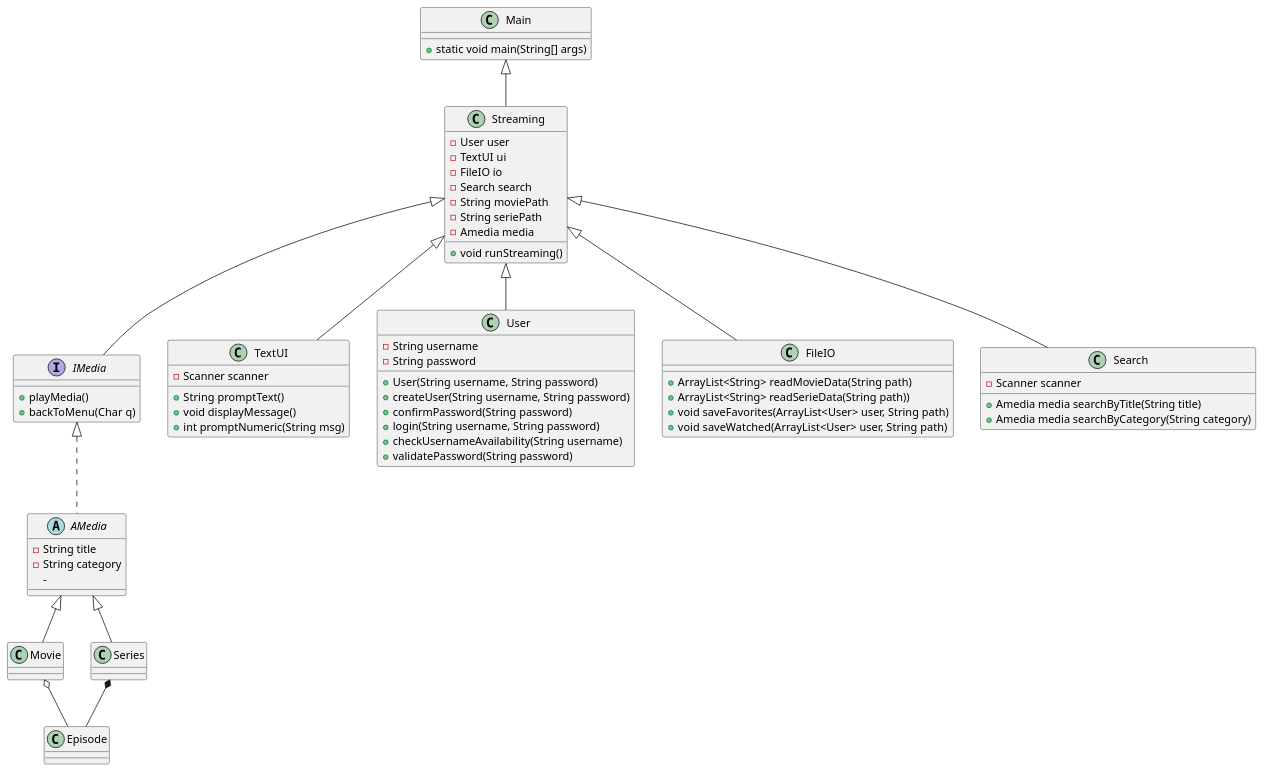
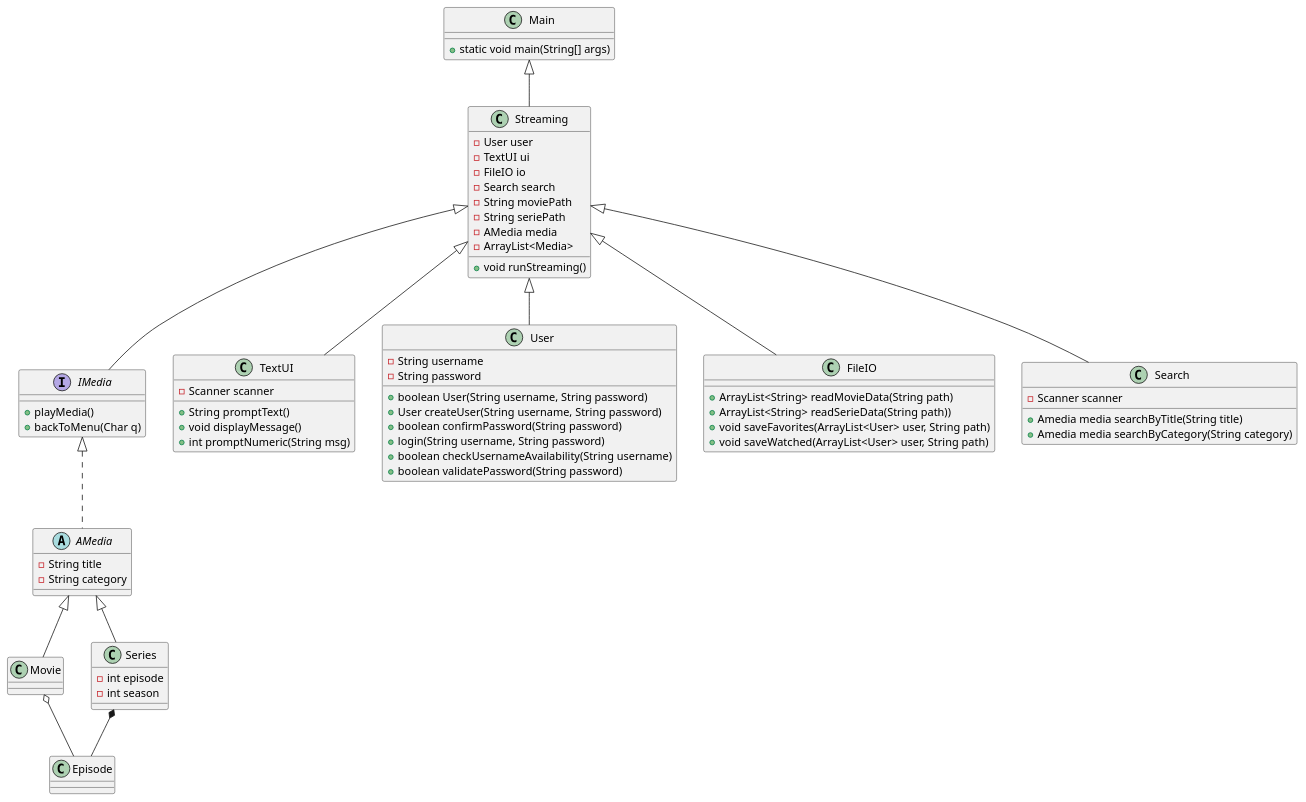
The diagram in Doc/Static/ClassDiagram.puml (mrPrimeBeef/Sem1-Project-MovieStream), drawn with PlantUML before and after one commit. The commit also changed 1 other file, not shown here.

```diff
--- a/Doc/Static/ClassDiagram.puml
+++ b/Doc/Static/ClassDiagram.puml
@@ -1,84 +1,89 @@
 @startuml
+
+class Main {
++ static void main(String[] args)
+}
 
 interface IMedia {
 + playMedia()
 + backToMenu(Char q)
 '+ pauseMedia()
 }
 
 abstract AMedia {
 - String title
 - String category
--
 }
 
 class Movie {
+
 }
 
 
 class Series {
+- int episode
+- int season
 }
 
 class TextUI {
 - Scanner scanner
 + String promptText()
 + void displayMessage()
 + int promptNumeric(String msg)
 }
 
 class User {
 - String username
 - String password
-+ User(String username, String password)
++ boolean User(String username, String password)
 'Methods
-+ createUser(String username, String password)
-+ confirmPassword(String password)
++ User createUser(String username, String password)
++ boolean confirmPassword(String password)
 + login(String username, String password)
-+ checkUsernameAvailability(String username)
-+ validatePassword(String password)
++ boolean checkUsernameAvailability(String username)
++ boolean validatePassword(String password)
 }
 
 class Streaming {
 - User user
 - TextUI ui
 - FileIO io
 - Search search
 - String moviePath
 - String seriePath
-- Amedia media
+- AMedia media
+- ArrayList<Media>
 + void runStreaming()
 }
 
-class Main {
-+ static void main(String[] args)
-}
+
 
 class FileIO {
 + ArrayList<String> readMovieData(String path)
 + ArrayList<String> readSerieData(String path))
 + void saveFavorites(ArrayList<User> user, String path)
 + void saveWatched(ArrayList<User> user, String path)
 }
 
 class Search {
 - Scanner scanner
 + Amedia media searchByTitle(String title)
 + Amedia media searchByCategory(String category)
 }
 class Episode{
 
 }
 
 Main <|-- Streaming
 Streaming <|-- IMedia
 Streaming <|-- User
 Streaming <|-- Search
 Streaming <|-- TextUI
 IMedia <|.. AMedia
 Streaming <|-- FileIO
 AMedia <|-- Movie
 AMedia  <|-- Series
 Series *-- Episode
 Movie o-- Episode
 
 @enduml
```
